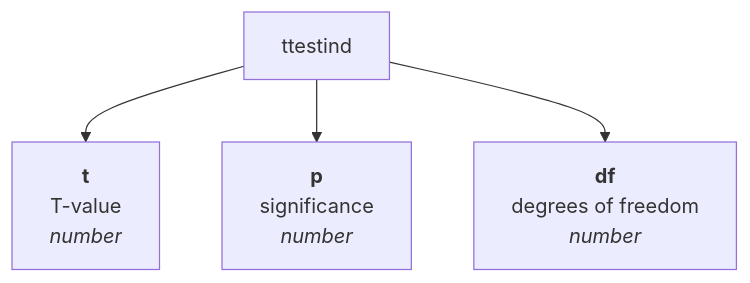
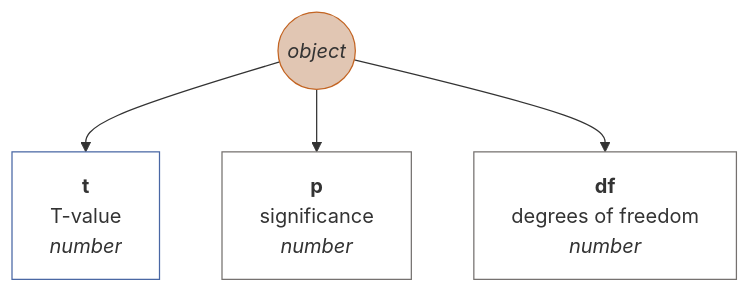
The eighth of 13 diagrams in docs/en-GB/matrix.md (muzikp/retusa), drawn with Mermaid before and after one commit. The commit also changed other lines of this file and 17 other files, not shown here.

````diff
--- a/docs/en-GB/matrix.md
+++ b/docs/en-GB/matrix.md
@@ -378,7 +444,16 @@
 ```mermaid
 graph TD
+ttestind((<i>object</i>))
+style ttestind fill:#E1C6B3;
+style ttestind stroke:#C36422;
 ttestind --> t[<b>t</b><br>T-value <br><i>number</i>]
+style t fill:#FFFFFF;
+style t stroke:#4967A4;
 ttestind --> p[<b>p</b><br>significance <br><i>number</i>]
+style p fill:#FFFFFF;
+style p stroke:#75716F;
 ttestind --> df[<b>df</b><br>degrees of freedom <br><i>number</i>]
+style df fill:#FFFFFF;
+style df stroke:#75716F;
 
 ```
````
